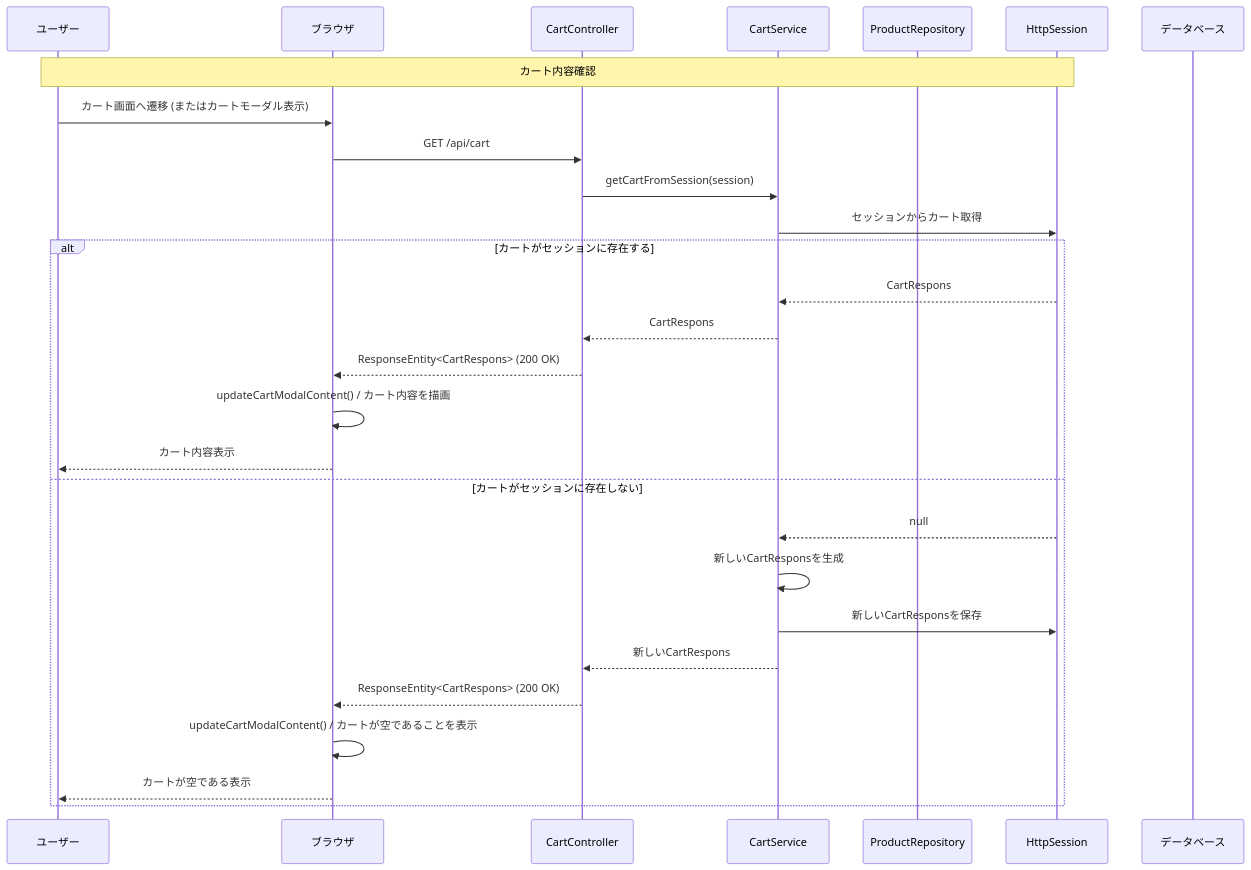
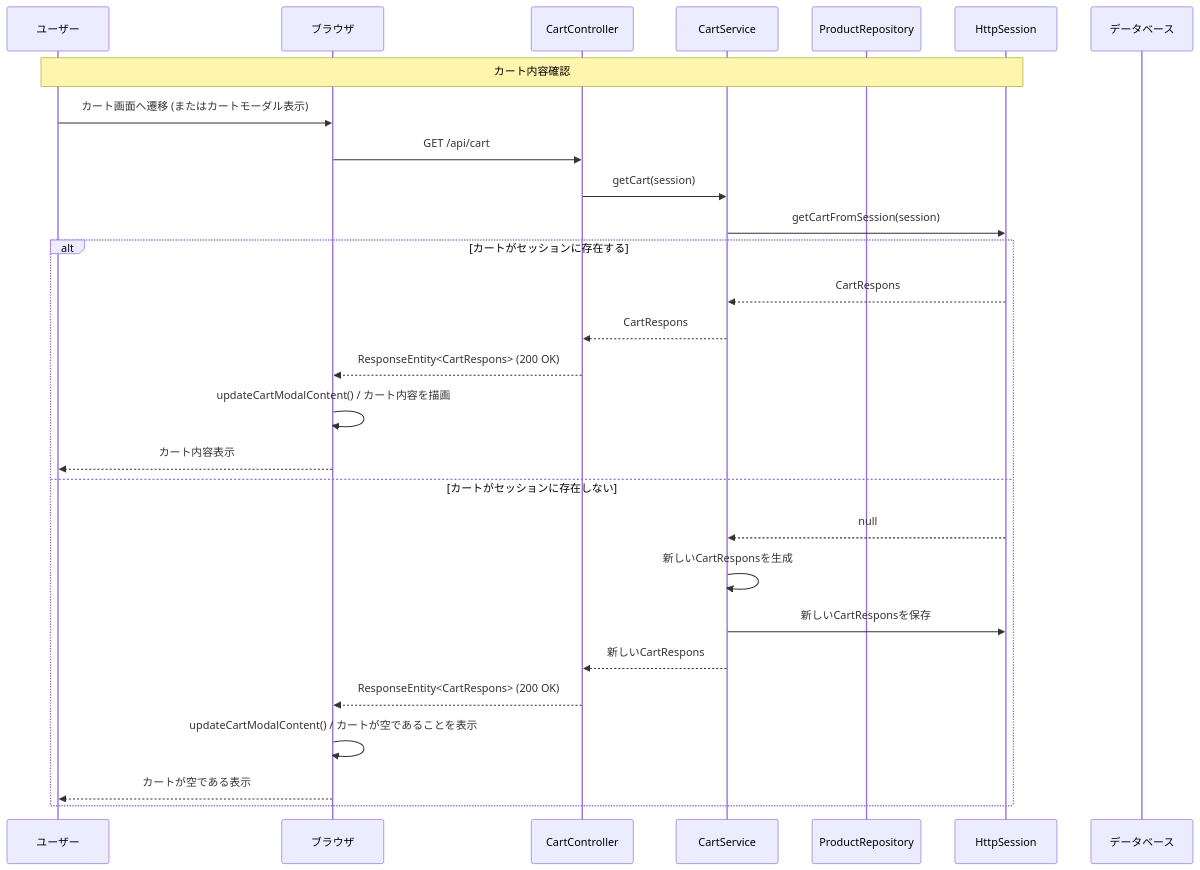
One commit to shogomaeda758/Bacon changed the seventh of 22 diagrams in 詳細設計/詳細設計書_v3.md. Above: the diagram before and after it, drawn with Mermaid. The commit also changed other lines of this file, not shown here.

Commit message:
シーケンス図のメソッド名修正

````diff
--- a/詳細設計/詳細設計書_v3.md
+++ b/詳細設計/詳細設計書_v3.md
@@ -329,32 +329,32 @@
 ```mermaid
 sequenceDiagram
     participant U as ユーザー
     participant B as ブラウザ
     participant CC as CartController
     participant CS as CartService
     participant PR as ProductRepository
     participant S as HttpSession
     participant DB as データベース
 
     Note over U,S: カート内容確認
     U->>B: カート画面へ遷移 (またはカートモーダル表示)
     B->>CC: GET /api/cart
-    CC->>CS: getCartFromSession(session)
-    CS->>S: セッションからカート取得
+    CC->>CS: getCart(session)
+    CS->>S: getCartFromSession(session)
     
     alt カートがセッションに存在する
         S-->>CS: CartRespons
         CS-->>CC: CartRespons
         CC-->>B: ResponseEntity<CartRespons> (200 OK)
         B->>B: updateCartModalContent() / カート内容を描画
         B-->>U: カート内容表示
     else カートがセッションに存在しない
         S-->>CS: null
         CS->>CS: 新しいCartResponsを生成
         CS->>S: 新しいCartResponsを保存
         CS-->>CC: 新しいCartRespons
         CC-->>B: ResponseEntity<CartRespons> (200 OK)
         B->>B: updateCartModalContent() / カートが空であることを表示
         B-->>U: カートが空である表示
     end
 ```
````
